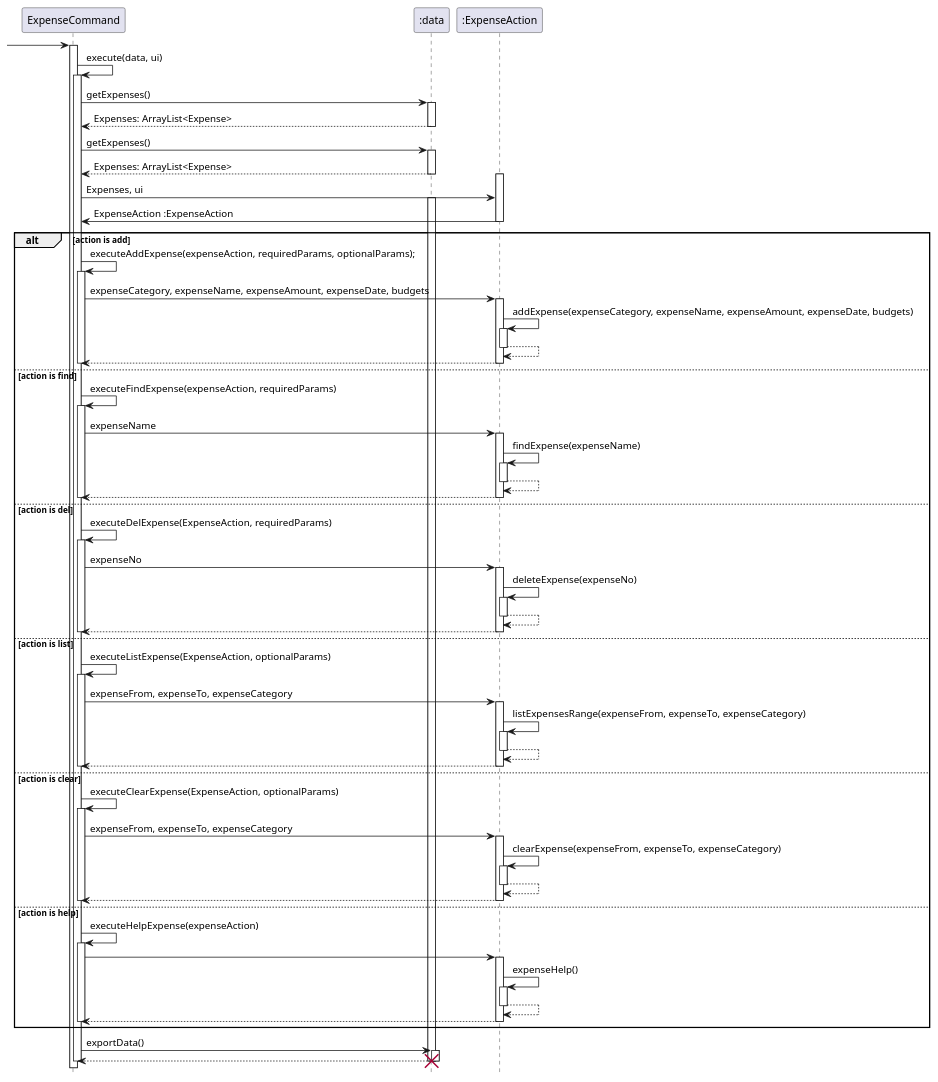
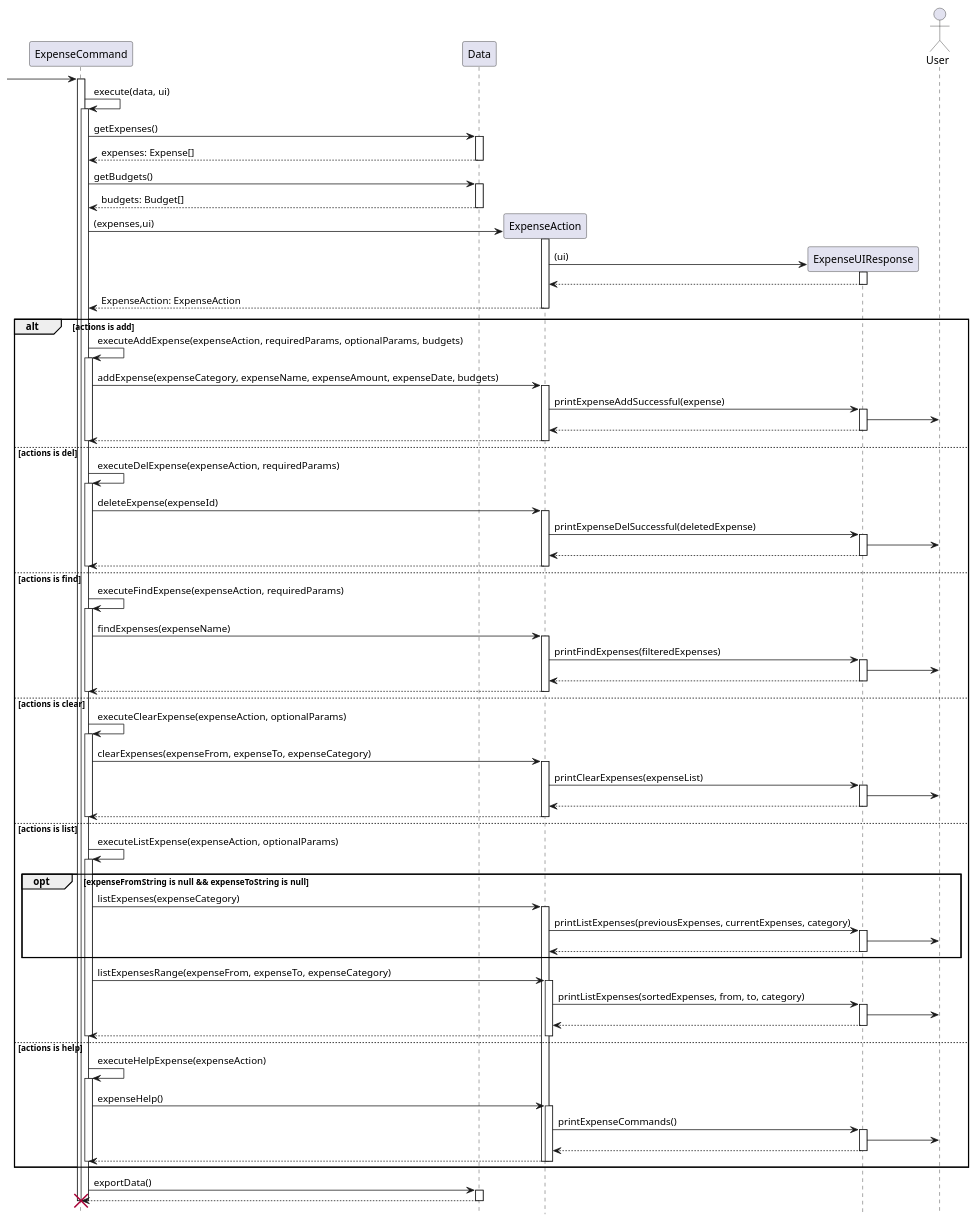
One commit to stephenkyang/tp changed the diagram in docs/diagrams/ExpenseCommandSequence.puml. Above: the diagram before and after it, drawn with PlantUML. The commit also changed 11 other files, not shown here.

Commit message:
Update Sequence Diagrams and align coding conventions

```diff
--- a/docs/diagrams/ExpenseCommandSequence.puml
+++ b/docs/diagrams/ExpenseCommandSequence.puml
@@ -1,126 +1,137 @@
 @startuml
 
 hide footbox
 
- -> ExpenseCommand:
+participant ExpenseCommand
+participant Data
+participant ExpenseAction
+participant ExpenseUIResponse
+actor User
 
-activate ExpenseCommand
-ExpenseCommand -> ExpenseCommand: execute(data, ui)
-activate  ExpenseCommand
-ExpenseCommand -> ":data": getExpenses()
+ -> "ExpenseCommand":
 
-activate ":data"
-return Expenses: ArrayList<Expense>
-deactivate ":data"
+activate "ExpenseCommand"
+"ExpenseCommand" -> "ExpenseCommand": execute(data, ui)
+activate  "ExpenseCommand"
+"ExpenseCommand" -> "Data": getExpenses()
+activate "Data"
+return expenses: Expense[]
+deactivate "Data"
+"ExpenseCommand" -> "Data": getBudgets()
+activate "Data"
+return budgets: Budget[]
+deactivate "Data"
 
-ExpenseCommand -> ":data": getExpenses()
+"ExpenseCommand" -> "ExpenseAction" ** : (expenses,ui)
+activate "ExpenseAction"
 
-activate ":data"
-return Expenses: ArrayList<Expense>
+"ExpenseAction" -> "ExpenseUIResponse" ** : (ui)
+activate "ExpenseUIResponse"
+"ExpenseUIResponse" --> "ExpenseAction"
+deactivate "ExpenseUIResponse"
+
+return ExpenseAction: ExpenseAction
+deactivate "ExpenseAction"
 
 
-activate ":ExpenseAction"
-ExpenseCommand -> ":ExpenseAction" : Expenses, ui
-activate ":data"
-":ExpenseAction" -> ExpenseCommand : ExpenseAction :ExpenseAction
-deactivate ":ExpenseAction"
-
-
-alt action is add
-ExpenseCommand -> ExpenseCommand: executeAddExpense(expenseAction, requiredParams, optionalParams);
-activate ExpenseCommand
-ExpenseCommand -> ":ExpenseAction" : expenseCategory, expenseName, expenseAmount, expenseDate, budgets
-activate ":ExpenseAction"
-":ExpenseAction" -> ":ExpenseAction" : addExpense(expenseCategory, expenseName, expenseAmount, expenseDate, budgets)
-activate ":ExpenseAction"
-
+alt actions is add
+"ExpenseCommand" -> "ExpenseCommand": executeAddExpense(expenseAction, requiredParams, optionalParams, budgets)
+activate "ExpenseCommand"
+"ExpenseCommand" -> "ExpenseAction" : addExpense(expenseCategory, expenseName, expenseAmount, expenseDate, budgets)
+activate "ExpenseAction"
+"ExpenseAction" -> "ExpenseUIResponse" : printExpenseAddSuccessful(expense)
+activate "ExpenseUIResponse"
+"ExpenseUIResponse" -> User
 return
 return
 
-deactivate ExpenseCommand
+deactivate "ExpenseCommand"
 
-
-else action is find
-ExpenseCommand -> ExpenseCommand: executeFindExpense(expenseAction, requiredParams)
-
-activate ExpenseCommand
-ExpenseCommand -> ":ExpenseAction" : expenseName
-activate ":ExpenseAction"
-":ExpenseAction" -> ":ExpenseAction" : findExpense(expenseName)
-activate ":ExpenseAction"
-
+else actions is del
+"ExpenseCommand" -> "ExpenseCommand": executeDelExpense(expenseAction, requiredParams)
+activate "ExpenseCommand"
+"ExpenseCommand" -> "ExpenseAction" : deleteExpense(expenseId)
+activate "ExpenseAction"
+"ExpenseAction" -> "ExpenseUIResponse" : printExpenseDelSuccessful(deletedExpense)
+activate "ExpenseUIResponse"
+"ExpenseUIResponse" -> User
 return
 return
 
-deactivate ExpenseCommand
+deactivate "ExpenseCommand"
 
-
-else action is del
-ExpenseCommand -> ExpenseCommand: executeDelExpense(ExpenseAction, requiredParams)
-activate ExpenseCommand
-ExpenseCommand -> ":ExpenseAction" : expenseNo
-activate ":ExpenseAction"
-":ExpenseAction" -> ":ExpenseAction" : deleteExpense(expenseNo)
-activate ":ExpenseAction"
-
+else actions is find
+"ExpenseCommand" -> "ExpenseCommand": executeFindExpense(expenseAction, requiredParams)
+activate "ExpenseCommand"
+"ExpenseCommand" -> "ExpenseAction" : findExpenses(expenseName)
+activate "ExpenseAction"
+"ExpenseAction" -> "ExpenseUIResponse" : printFindExpenses(filteredExpenses)
+activate "ExpenseUIResponse"
+"ExpenseUIResponse" -> User
 return
 return
 
-deactivate ExpenseCommand
+deactivate "ExpenseCommand"
 
-else action is list
-
-ExpenseCommand -> ExpenseCommand: executeListExpense(ExpenseAction, optionalParams)
-activate ExpenseCommand
-ExpenseCommand -> ":ExpenseAction" : expenseFrom, expenseTo, expenseCategory
-activate ":ExpenseAction"
-":ExpenseAction" -> ":ExpenseAction" : listExpensesRange(expenseFrom, expenseTo, expenseCategory)
-activate ":ExpenseAction"
-
+else actions is clear
+"ExpenseCommand" -> "ExpenseCommand": executeClearExpense(expenseAction, optionalParams)
+activate "ExpenseCommand"
+"ExpenseCommand" -> "ExpenseAction" : clearExpenses(expenseFrom, expenseTo, expenseCategory)
+activate "ExpenseAction"
+"ExpenseAction" -> "ExpenseUIResponse" : printClearExpenses(expenseList)
+activate "ExpenseUIResponse"
+"ExpenseUIResponse" -> User
 return
 return
 
-deactivate ExpenseCommand
+deactivate "ExpenseCommand"
 
-else action is clear
-ExpenseCommand -> ExpenseCommand: executeClearExpense(ExpenseAction, optionalParams)
-activate ExpenseCommand
-ExpenseCommand -> ":ExpenseAction" : expenseFrom, expenseTo, expenseCategory
-activate ":ExpenseAction"
-":ExpenseAction" -> ":ExpenseAction" : clearExpense(expenseFrom, expenseTo, expenseCategory)
-activate ":ExpenseAction"
+else actions is list
+"ExpenseCommand" -> "ExpenseCommand": executeListExpense(expenseAction, optionalParams)
+activate "ExpenseCommand"
+
+opt expenseFromString is null && expenseToString is null
+"ExpenseCommand" -> "ExpenseAction" : listExpenses(expenseCategory)
+activate "ExpenseAction"
+"ExpenseAction" -> "ExpenseUIResponse" : printListExpenses(previousExpenses, currentExpenses, category)
+activate "ExpenseUIResponse"
+"ExpenseUIResponse" -> User
+return
+end
+
+
+"ExpenseCommand" -> "ExpenseAction" : listExpensesRange(expenseFrom, expenseTo, expenseCategory)
+activate "ExpenseAction"
+"ExpenseAction" -> "ExpenseUIResponse" : printListExpenses(sortedExpenses, from, to, category)
+activate "ExpenseUIResponse"
+
+
+"ExpenseUIResponse" -> User
 return
 return
 
-deactivate ExpenseCommand
+deactivate "ExpenseCommand"
 
-else action is help
-ExpenseCommand -> ExpenseCommand: executeHelpExpense(expenseAction)
-activate ExpenseCommand
-ExpenseCommand -> ":ExpenseAction"
-activate ":ExpenseAction"
-":ExpenseAction" -> ":ExpenseAction" : expenseHelp()
-activate ":ExpenseAction"
+else actions is help
+"ExpenseCommand" -> "ExpenseCommand": executeHelpExpense(expenseAction)
+activate "ExpenseCommand"
+"ExpenseCommand" -> "ExpenseAction" : expenseHelp()
+activate "ExpenseAction"
+"ExpenseAction" -> "ExpenseUIResponse" : printExpenseCommands()
+activate "ExpenseUIResponse"
+"ExpenseUIResponse" -> User
 return
 return
 
+deactivate "ExpenseCommand"
+end
 
-deactivate ExpenseCommand
+"ExpenseCommand" -> "Data": exportData()
+activate "Data"
+return
+deactivate "Data"
 
-
-
-end
-ExpenseCommand -> ":data": exportData()
-activate ":data"
-return
-
-deactivate ":data"
-destroy ":data"
-
-deactivate ":data"
-deactivate ExpenseCommand
-
-
-
+destroy "ExpenseCommand"
+deactivate "ExpenseCommand"
 
 @enduml
```
